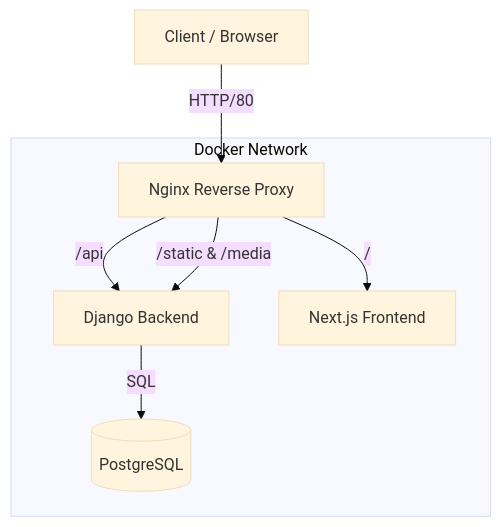
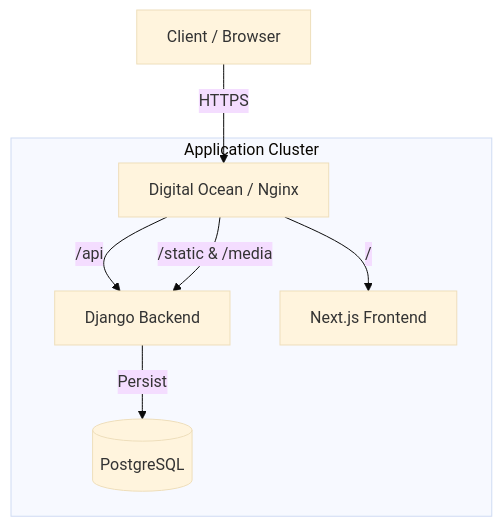
The first of 3 diagrams in README.md (manuhazen/turbonotes), drawn with Mermaid (base theme) before and after one commit. The commit also changed other lines of this file, not shown here.

````diff
--- a/README.md
+++ b/README.md
@@ -16,12 +18,12 @@
 ```mermaid
 graph TD
-    Client[Client / Browser] -->|HTTP/80| Nginx[Nginx Reverse Proxy]
+    Client[Client / Browser] -->|HTTPS| Nginx[Digital Ocean / Nginx]
     
-    subgraph Docker Network
+    subgraph "Application Cluster"
         Nginx -->|/api| Backend[Django Backend]
         Nginx -->|/static & /media| Backend
         Nginx -->|/| Frontend[Next.js Frontend]
         
-        Backend -->|SQL| DB[(PostgreSQL)]
+        Backend -->|Persist| DB[(PostgreSQL)]
     end
 ```
````
